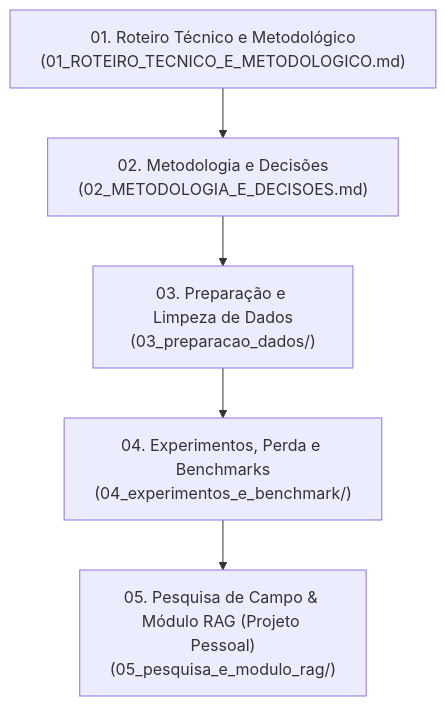
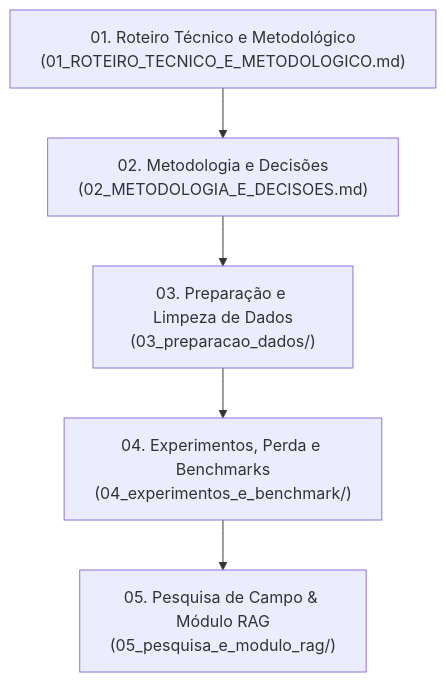
Before and after one commit to nanshibukawa/soybean-leaf-pest-damage: the diagram in docs/README.md, drawn with Mermaid. The commit also changed 1 other file, not shown here.

Commit message:
docs: fix Mermaid diagram text clipping with br tags and balanced lines

````diff
--- a/docs/README.md
+++ b/docs/README.md
@@ -12,7 +12,7 @@
 ```mermaid
 flowchart TD
-    A["01. Roteiro Técnico e Metodológico\n(01_ROTEIRO_TECNICO_E_METODOLOGICO.md)"] --> B["02. Metodologia e Decisões\n(02_METODOLOGIA_E_DECISOES.md)"]
-    B --> C["03. Preparação e Limpeza de Dados\n(03_preparacao_dados/)"]
-    C --> D["04. Experimentos, Perda e Benchmarks\n(04_experimentos_e_benchmark/)"]
-    D --> E["05. Pesquisa de Campo & Módulo RAG (Projeto Pessoal)\n(05_pesquisa_e_modulo_rag/)"]
+    A["01. Roteiro Técnico e Metodológico<br/>(01_ROTEIRO_TECNICO_E_METODOLOGICO.md)"] --> B["02. Metodologia e Decisões<br/>(02_METODOLOGIA_E_DECISOES.md)"]
+    B --> C["03. Preparação e Limpeza de Dados<br/>(03_preparacao_dados/)"]
+    C --> D["04. Experimentos, Perda e Benchmarks<br/>(04_experimentos_e_benchmark/)"]
+    D --> E["05. Pesquisa de Campo & Módulo RAG<br/>(05_pesquisa_e_modulo_rag/)"]
 ```
````
